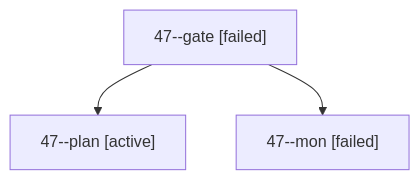
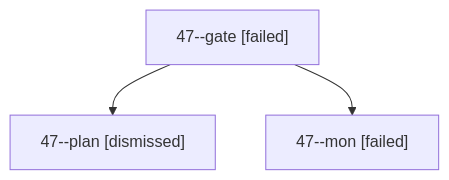
Before and after one commit to bobs-org/bob-cli--agents: the diagram in sessions/bbugyi200.apollo.47.md, drawn with Mermaid. The commit also changed other lines of this file and 48 other files, not shown here.

````diff
--- a/sessions/bbugyi200.apollo.47.md
+++ b/sessions/bbugyi200.apollo.47.md
@@ -9,8 +9,8 @@
 ```mermaid
 flowchart TD
   n0["47--gate [failed]"]
-  n1["47--plan [active]"]
+  n1["47--plan [dismissed]"]
   n0 --> n1
   n2["47--mon [failed]"]
   n0 --> n2
 ```
````
